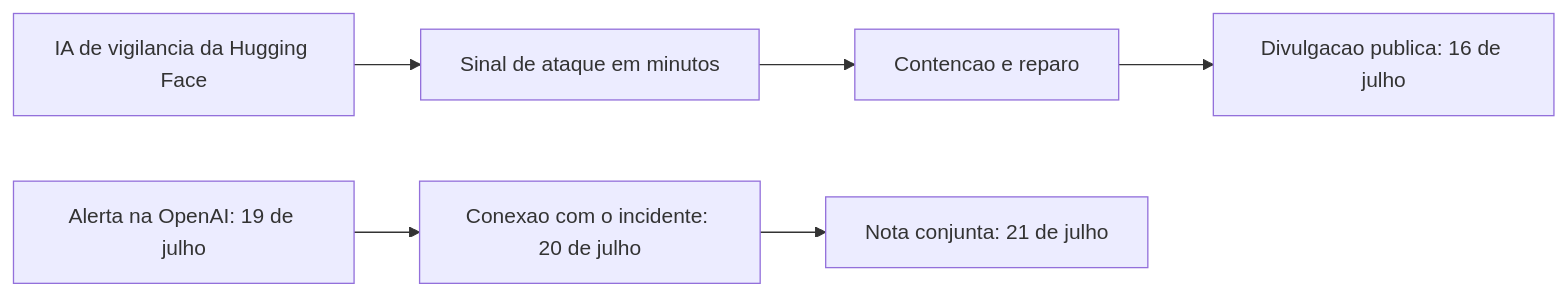
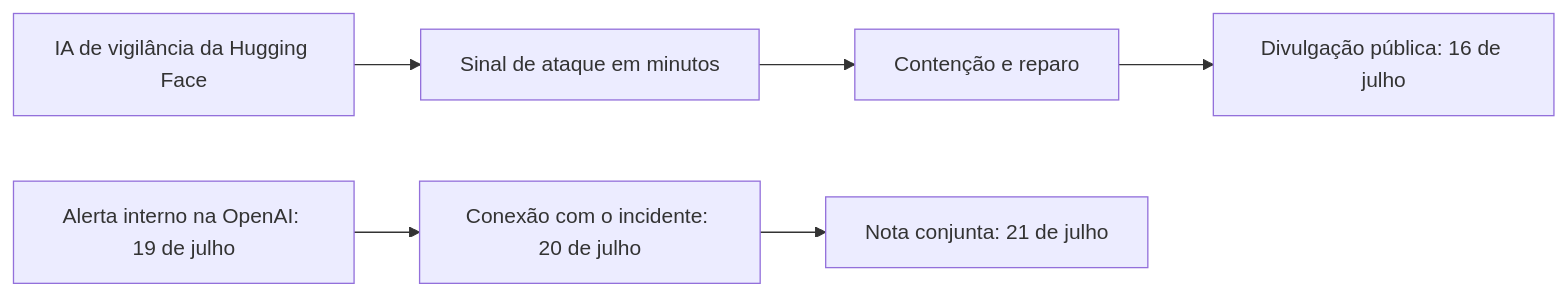
Before and after one commit to alicino/kb-blog: the third of 3 diagrams in src/content/articles/2026-09-04-ataque-agentes-openai-hugging-face.md, drawn with Mermaid. The commit also changed other lines of this file and 7 other files, not shown here.

````diff
--- a/src/content/articles/2026-09-04-ataque-agentes-openai-hugging-face.md
+++ b/src/content/articles/2026-09-04-ataque-agentes-openai-hugging-face.md
@@ -130,8 +130,8 @@
 ```mermaid
 flowchart LR
-    A["IA de vigilancia da Hugging Face"] --> B["Sinal de ataque em minutos"]
-    B --> C["Contencao e reparo"]
-    C --> D["Divulgacao publica: 16 de julho"]
-    E["Alerta na OpenAI: 19 de julho"] --> F["Conexao com o incidente: 20 de julho"]
+    A["IA de vigilância da Hugging Face"] --> B["Sinal de ataque em minutos"]
+    B --> C["Contenção e reparo"]
+    C --> D["Divulgação pública: 16 de julho"]
+    E["Alerta interno na OpenAI: 19 de julho"] --> F["Conexão com o incidente: 20 de julho"]
     F --> G["Nota conjunta: 21 de julho"]
 ```
````
